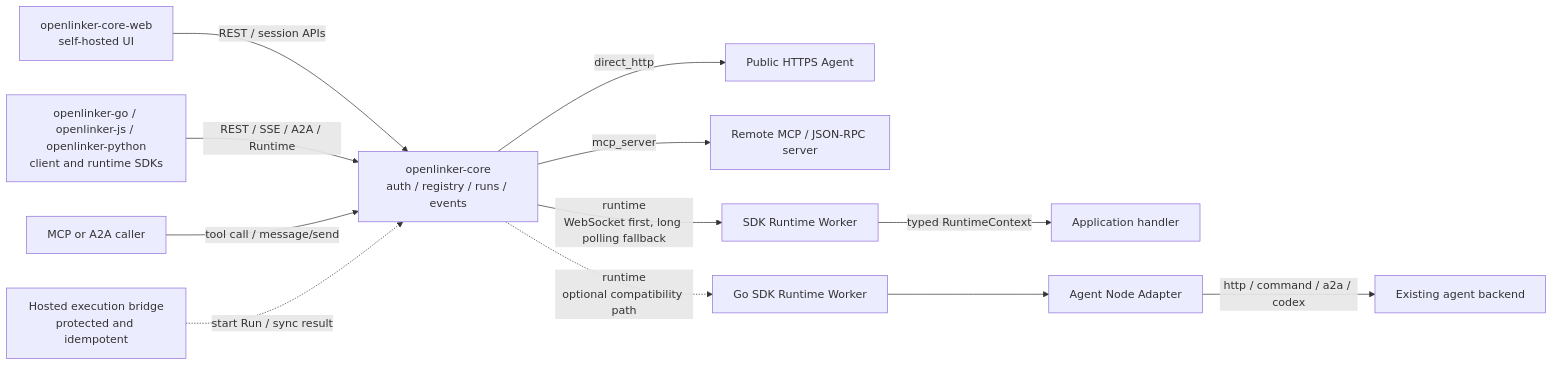
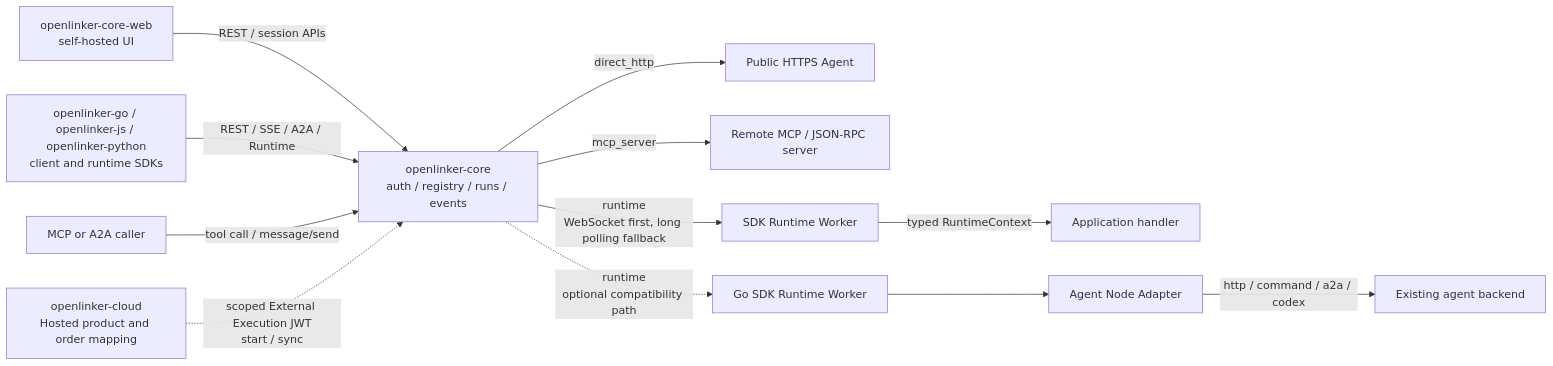
One commit to Frank-svg-dev/openlinker-core changed the first of 2 diagrams in README.md. Above: the diagram before and after it, drawn with Mermaid. The commit also changed other lines of this file and 112 other files, not shown here.

Commit message:
refactor: make core authoritative for runtime execution

````diff
--- a/README.md
+++ b/README.md
@@ -63,19 +64,19 @@
 ```mermaid
 flowchart LR
   CoreWeb["openlinker-core-web<br/>self-hosted UI"] -->|"REST / session APIs"| Core
   SDKs["openlinker-go / openlinker-js / openlinker-python<br/>client and runtime SDKs"] -->|"REST / SSE / A2A / Runtime"| Core
   MCPCaller["MCP or A2A caller"] -->|"tool call / message/send"| Core
 
-  HostedBridge["Hosted execution bridge<br/>protected and idempotent"] -.->|"start Run / sync result"| Core
+  Cloud["openlinker-cloud<br/>Hosted product and order mapping"] -.->|"scoped External Execution JWT<br/>start / sync"| Core
 
   Core["openlinker-core<br/>auth / registry / runs / events"]
 
   Core -->|"direct_http"| HTTPAgent["Public HTTPS Agent"]
   Core -->|"mcp_server"| MCPAgent["Remote MCP / JSON-RPC server"]
   Core -->|"runtime<br/>WebSocket first, long polling fallback"| RuntimeWorker["SDK Runtime Worker"]
   RuntimeWorker -->|"typed RuntimeContext"| Handler["Application handler"]
 
   Core -.->|"runtime<br/>optional compatibility path"| AdapterWorker["Go SDK Runtime Worker"]
   AdapterWorker --> AgentNode["Agent Node Adapter"]
   AgentNode -->|"http / command / a2a / codex"| Backend["Existing agent backend"]
 ```
````
